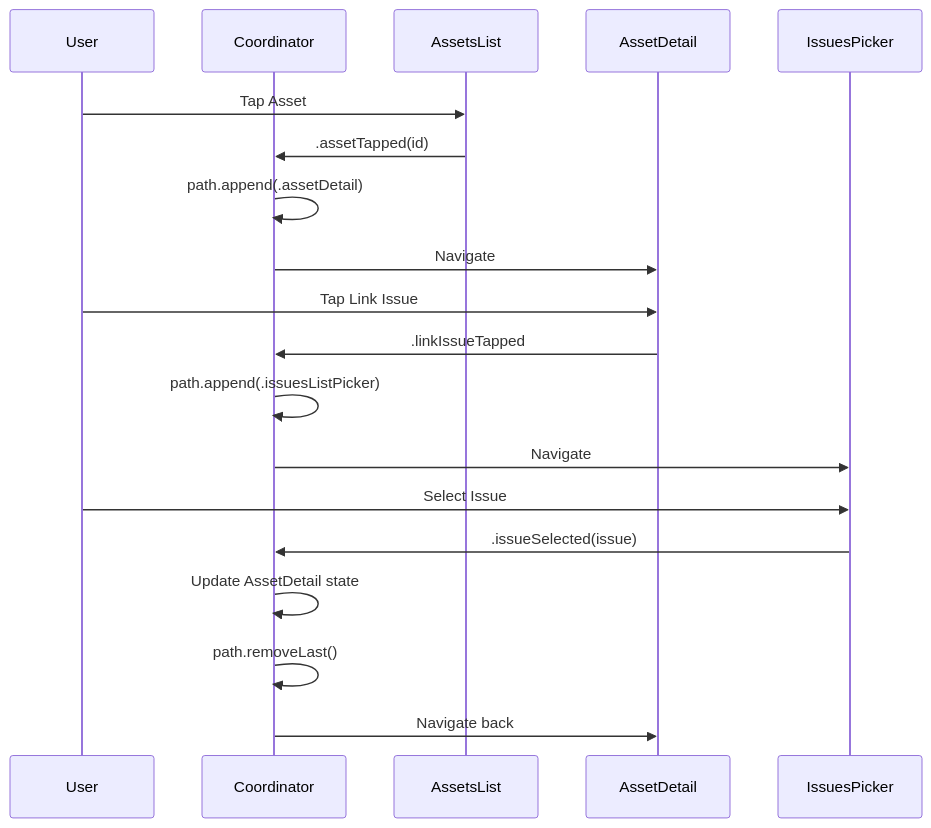
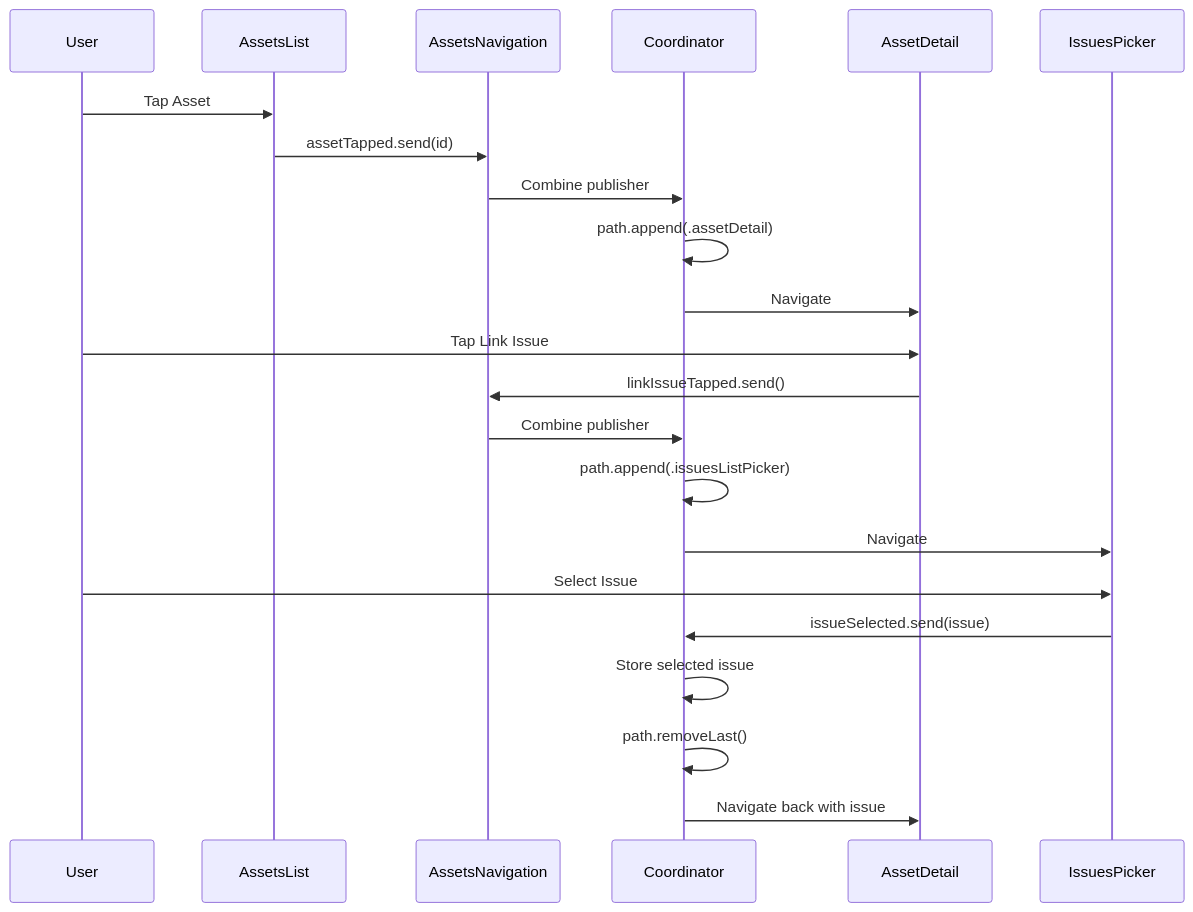
Before and after one commit to fededri/poc_ios_modularization: the fourth of 5 diagrams in README.md, drawn with Mermaid. The commit also changed other lines of this file and 8 other files, not shown here.

````diff
--- a/README.md
+++ b/README.md
@@ -103,24 +131,27 @@
 ```mermaid
 sequenceDiagram
     participant User
+    participant AssetsList
+    participant AssetsNavigation
     participant Coordinator
-    participant AssetsList
     participant AssetDetail
     participant IssuesPicker
     
     User->>AssetsList: Tap Asset
-    AssetsList->>Coordinator: .assetTapped(id)
+    AssetsList->>AssetsNavigation: assetTapped.send(id)
+    AssetsNavigation->>Coordinator: Combine publisher
     Coordinator->>Coordinator: path.append(.assetDetail)
     Coordinator->>AssetDetail: Navigate
     
     User->>AssetDetail: Tap Link Issue
-    AssetDetail->>Coordinator: .linkIssueTapped
+    AssetDetail->>AssetsNavigation: linkIssueTapped.send()
+    AssetsNavigation->>Coordinator: Combine publisher
     Coordinator->>Coordinator: path.append(.issuesListPicker)
     Coordinator->>IssuesPicker: Navigate
     
     User->>IssuesPicker: Select Issue
-    IssuesPicker->>Coordinator: .issueSelected(issue)
-    Coordinator->>Coordinator: Update AssetDetail state
+    IssuesPicker->>Coordinator: issueSelected.send(issue)
+    Coordinator->>Coordinator: Store selected issue
     Coordinator->>Coordinator: path.removeLast()
-    Coordinator->>AssetDetail: Navigate back
+    Coordinator->>AssetDetail: Navigate back with issue
 ```
````
